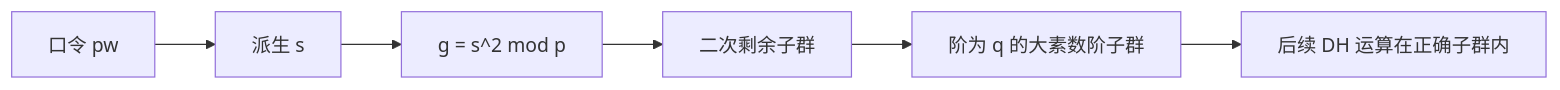
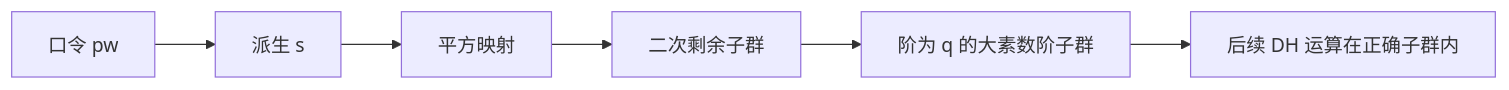
One commit to 22mouseok-crypto/obsidian-vault changed diagram 11 of 21 in 大三下/密码协议/密码协议期末复习-Obsidian视觉版.md. Above: the diagram before and after it, drawn with Mermaid. The commit also changed other lines of this file, not shown here.

````diff
--- a/大三下/密码协议/密码协议期末复习-Obsidian视觉版.md
+++ b/大三下/密码协议/密码协议期末复习-Obsidian视觉版.md
@@ -378,8 +402,8 @@
 ```mermaid
 flowchart LR
     PW[口令 pw] --> S[派生 s]
-    S --> G["g = s^2 mod p"]
+    S --> G[平方映射]
     G --> QR[二次剩余子群]
     QR --> Q[阶为 q 的大素数阶子群]
     Q --> DH[后续 DH 运算在正确子群内]
 ```
````
